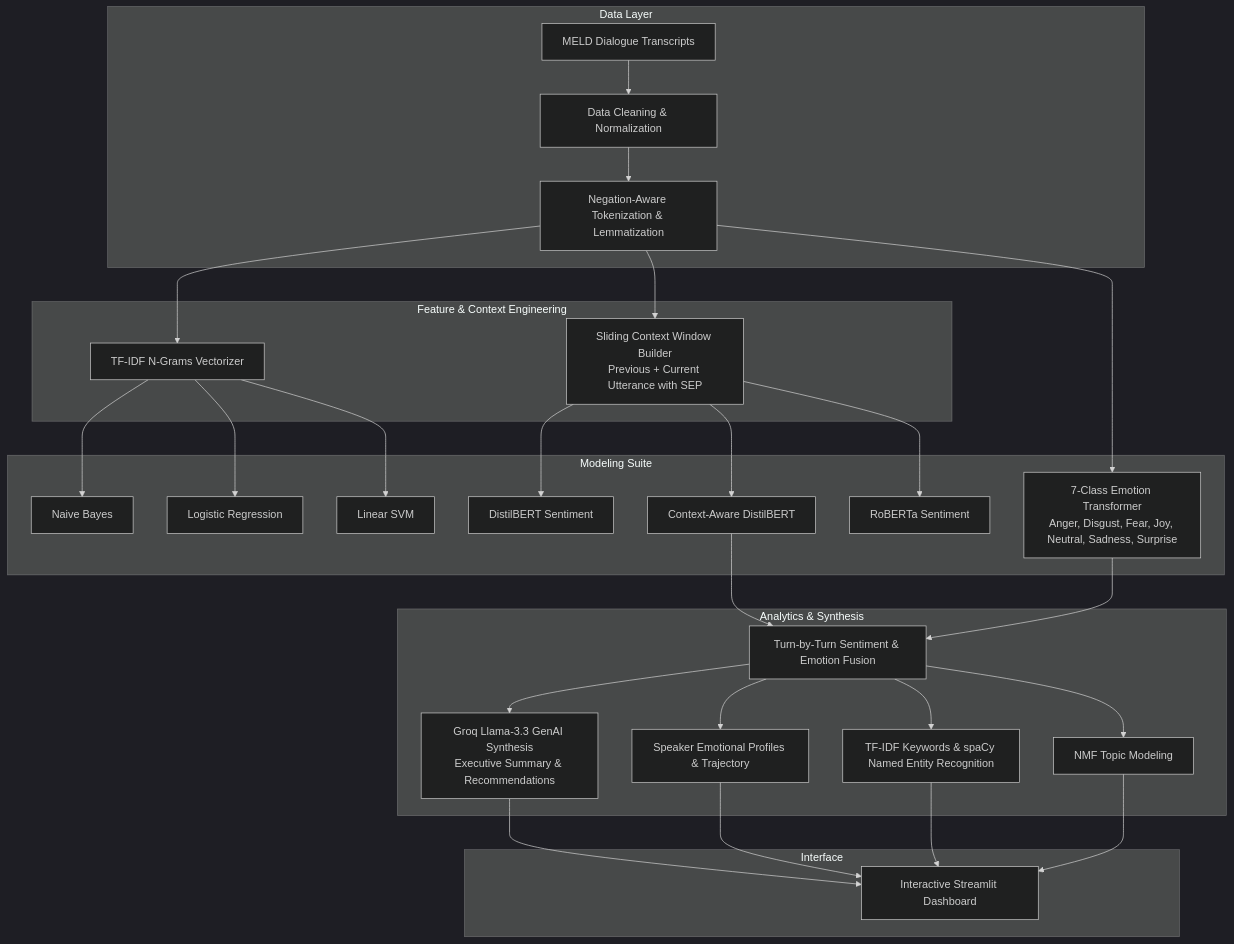
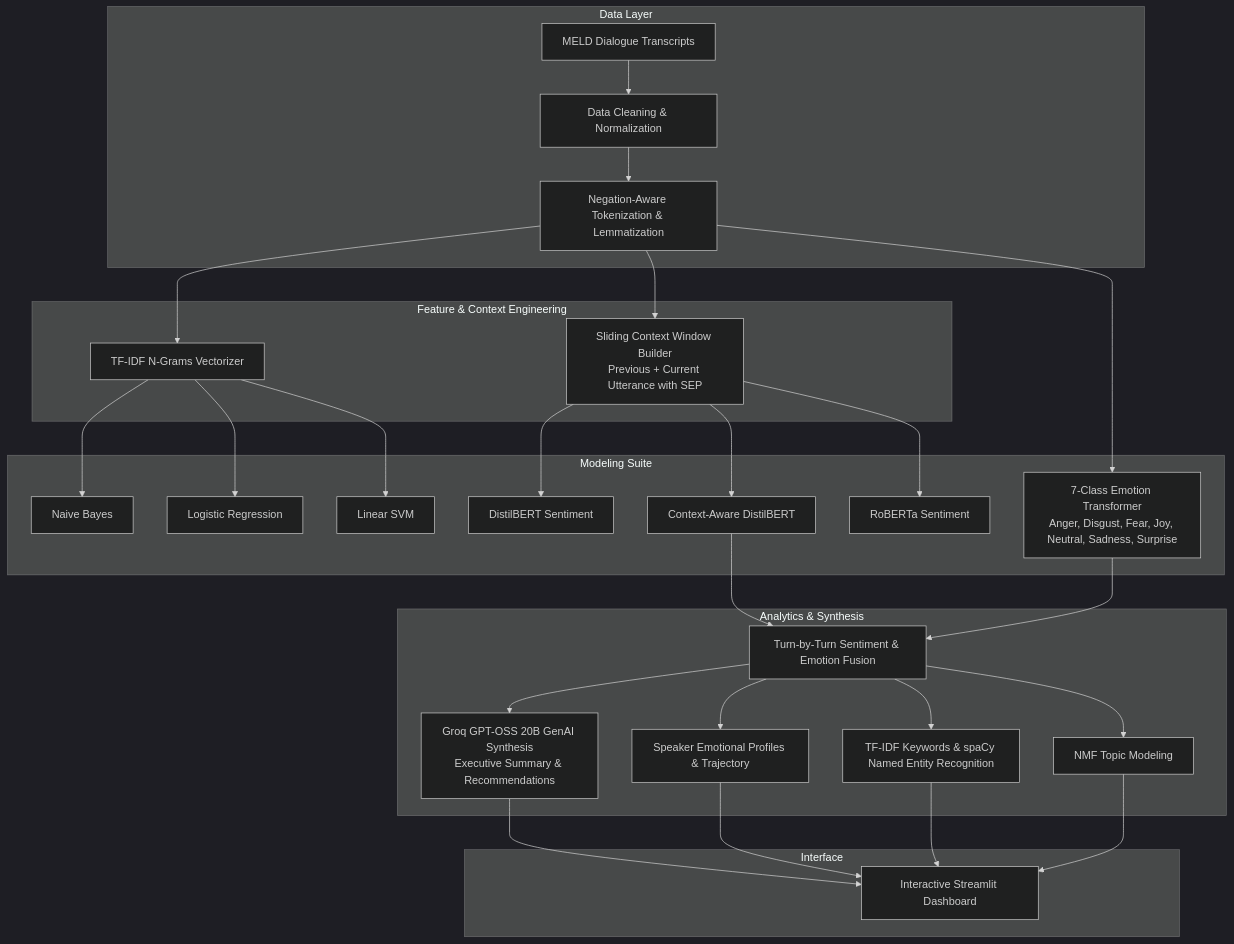
The diagram in README.md (Sanskarmeharkar/Conversation-Sentiment-Analysis), drawn with Mermaid (dark theme) before and after one commit. The commit also changed other lines of this file, not shown here.

````diff
--- a/README.md
+++ b/README.md
@@ -20,34 +27,34 @@
 ```mermaid
 flowchart TD
     subgraph Data Layer
         A[MELD Dialogue Transcripts] --> B[Data Cleaning & Normalization]
         B --> C[Negation-Aware Tokenization & Lemmatization]
     end
 
     subgraph Feature & Context Engineering
         C --> D[TF-IDF N-Grams Vectorizer]
         C --> E[Sliding Context Window Builder<br/>Previous + Current Utterance with SEP]
     end
 
     subgraph Modeling Suite
         D --> F1[Naive Bayes]
         D --> F2[Logistic Regression]
         D --> F3[Linear SVM]
         E --> G1[DistilBERT Sentiment]
         E --> G2[Context-Aware DistilBERT]
         E --> G3[RoBERTa Sentiment]
         C --> H[7-Class Emotion Transformer<br/>Anger, Disgust, Fear, Joy, Neutral, Sadness, Surprise]
     end
 
     subgraph Analytics & Synthesis
         G2 & H --> I[Turn-by-Turn Sentiment & Emotion Fusion]
         I --> J[Speaker Emotional Profiles & Trajectory]
         I --> K[TF-IDF Keywords & spaCy Named Entity Recognition]
         I --> L[NMF Topic Modeling]
-        I --> M[Groq Llama-3.3 GenAI Synthesis<br/>Executive Summary & Recommendations]
+        I --> M[Groq GPT-OSS 20B GenAI Synthesis<br/>Executive Summary & Recommendations]
     end
 
     subgraph Interface
         M & J & K & L --> N[Interactive Streamlit Dashboard]
     end
 ```
````
